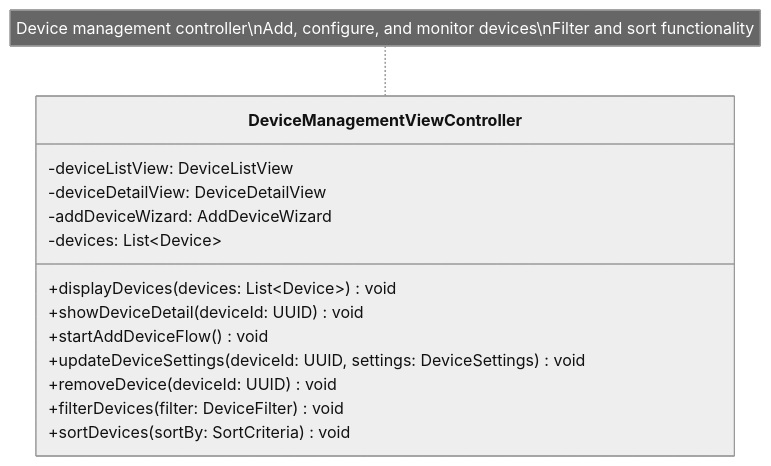
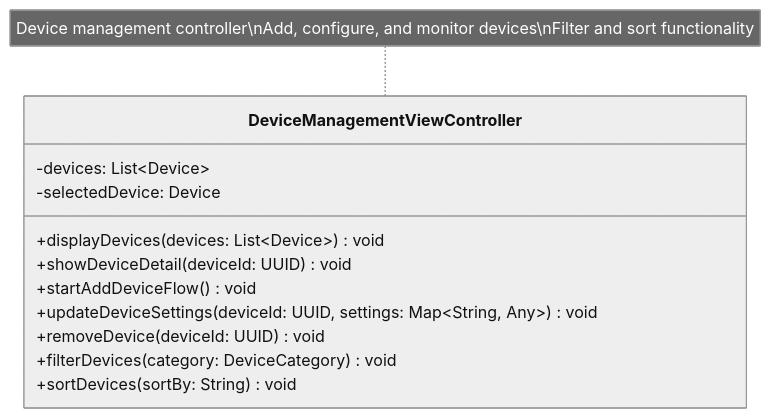
One commit to mj010101/swe_25f changed the fifth of 10 diagrams in diagrams/presentation_class_diagram.md. Above: the diagram before and after it, drawn with Mermaid (neutral theme). The commit also changed other lines of this file and 4 other files, not shown here.

````diff
--- a/diagrams/presentation_class_diagram.md
+++ b/diagrams/presentation_class_diagram.md
@@ -136,20 +130,18 @@
 ```mermaid
 classDiagram
     direction TB
 
     class DeviceManagementViewController {
-        -deviceListView: DeviceListView
-        -deviceDetailView: DeviceDetailView
-        -addDeviceWizard: AddDeviceWizard
         -devices: List~Device~
+        -selectedDevice: Device
         +displayDevices(devices: List~Device~) void
         +showDeviceDetail(deviceId: UUID) void
         +startAddDeviceFlow() void
-        +updateDeviceSettings(deviceId: UUID, settings: DeviceSettings) void
+        +updateDeviceSettings(deviceId: UUID, settings: Map~String, Any~) void
         +removeDevice(deviceId: UUID) void
-        +filterDevices(filter: DeviceFilter) void
-        +sortDevices(sortBy: SortCriteria) void
+        +filterDevices(category: DeviceCategory) void
+        +sortDevices(sortBy: String) void
     }
 
     note for DeviceManagementViewController "Device management controller\nAdd, configure, and monitor devices\nFilter and sort functionality"
 ```
````
